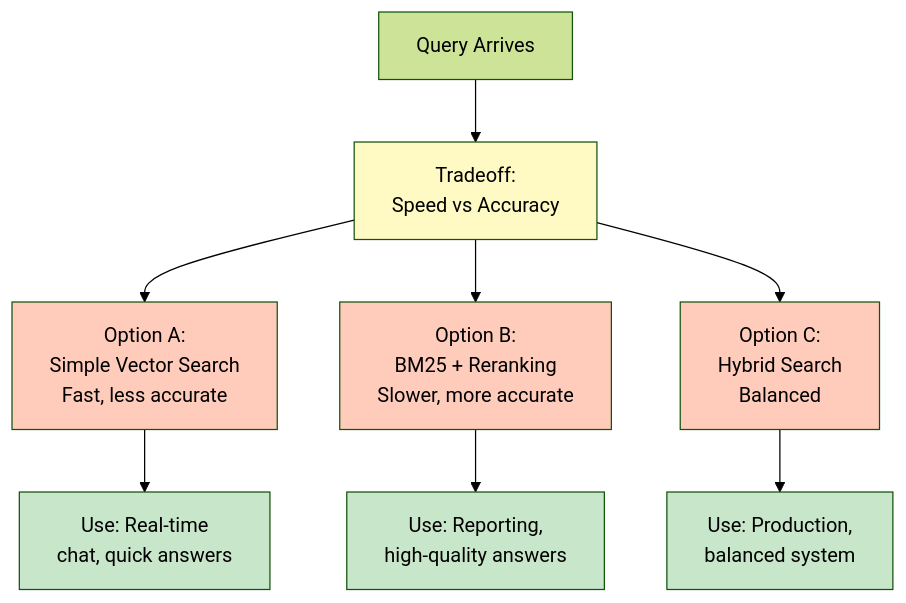
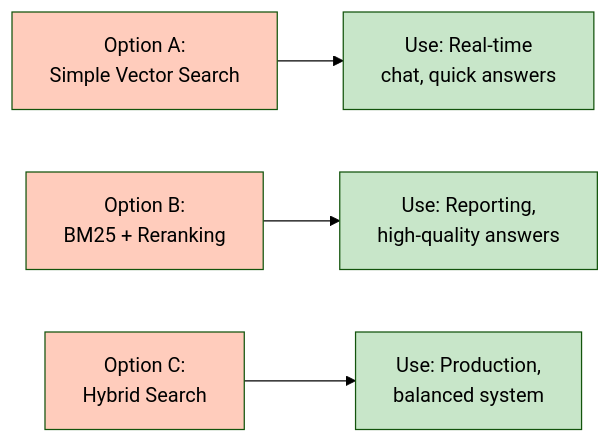
One commit to CogKnowEdge-Solutions/Comprehensive-Principle changed the fifth of 5 diagrams in files/GUIDELINES.md. Above: the diagram before and after it, drawn with Mermaid (forest theme). The commit also changed other lines of this file and 5 other files, not shown here.

````diff
--- a/files/GUIDELINES.md
+++ b/files/GUIDELINES.md
@@ -390,24 +552,13 @@
 ```mermaid
-graph TD
-    Q["Query Arrives"]
-    D1["Option A:<br/>Simple Vector Search<br/>Fast, less accurate"]
-    D2["Option B:<br/>BM25 + Reranking<br/>Slower, more accurate"]
-    D3["Option C:<br/>Hybrid Search<br/>Balanced"]
-    
-    Q --> Trade["Tradeoff:<br/>Speed vs Accuracy"]
-    Trade --> D1
-    Trade --> D2
-    Trade --> D3
-    
-    D1 --> UseCase1["Use: Real-time<br/>chat, quick answers"]
-    D2 --> UseCase2["Use: Reporting,<br/>high-quality answers"]
-    D3 --> UseCase3["Use: Production,<br/>balanced system"]
-    
-    style Trade fill:#fff9c4
+graph LR
+    D1["Option A:<br/>Simple Vector Search"] --> UseCase1["Use: Real-time<br/>chat, quick answers"]
+    D2["Option B:<br/>BM25 + Reranking"] --> UseCase2["Use: Reporting,<br/>high-quality answers"]
+    D3["Option C:<br/>Hybrid Search"] --> UseCase3["Use: Production,<br/>balanced system"]
+
     style D1 fill:#ffccbc
     style D2 fill:#ffccbc
     style D3 fill:#ffccbc
     style UseCase1 fill:#c8e6c9
     style UseCase2 fill:#c8e6c9
     style UseCase3 fill:#c8e6c9
 ```
````
